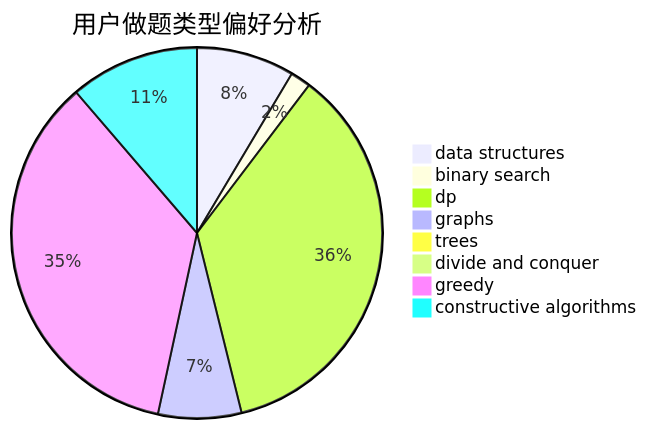
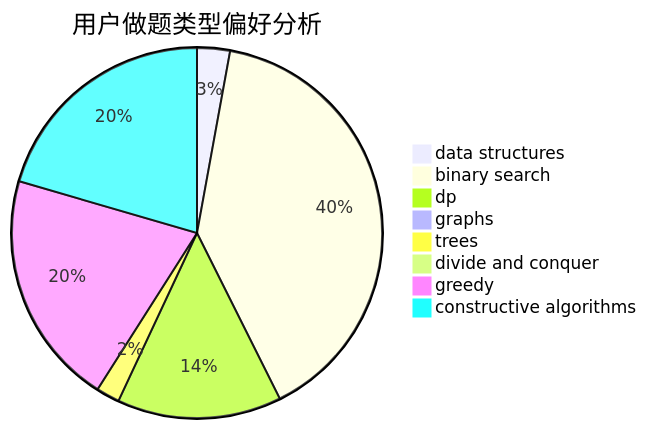
Before and after one commit to sherpahu/cfrs.github.io: the second of 3 diagrams in docs/user/u1023.md, drawn with Mermaid. The commit also changed other lines of this file and 2770 other files, not shown here.

````diff
--- a/docs/user/u1023.md
+++ b/docs/user/u1023.md
@@ -23,11 +23,11 @@
 ```mermaid
 pie title 用户做题类型偏好分析
-    "data structures" :  53
-    "binary search" :  11
-    "dp" :  222
-    "graphs" :  45
-    "trees" :  4
+    "data structures" :  7
+    "binary search" :  97
+    "dp" :  35
+    "graphs" :  0
+    "trees" :  5
     "divide and conquer" :  0
-    "greedy" :  219
-    "constructive algorithms" :  70
+    "greedy" :  50
+    "constructive algorithms" :  50
 ```
````
